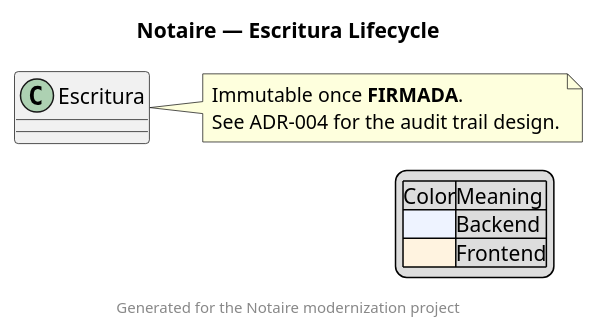
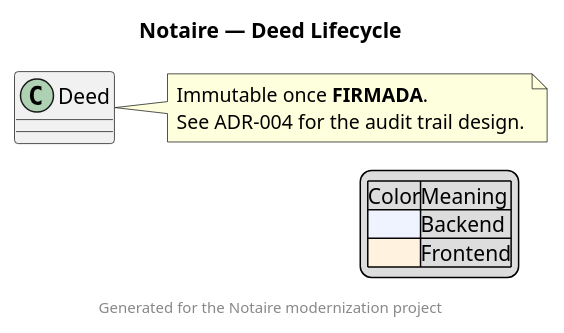
Before and after one commit to matiaspakua/notaire: the fifth of 6 diagrams in .claude/skills/plantuml/references/styling-and-layout.md, drawn with PlantUML. The commit also changed 1430 other files, not shown here.

````diff
--- a/.claude/skills/plantuml/references/styling-and-layout.md
+++ b/.claude/skills/plantuml/references/styling-and-layout.md
@@ -71,16 +71,16 @@
 ```plantuml
 @startuml
-title Notaire — Escritura Lifecycle
-class Escritura
-note right of Escritura
+title Notaire — Deed Lifecycle
+class Deed
+note right of Deed
   Immutable once **FIRMADA**.
   See ADR-004 for the audit trail design.
 end note
 legend right
   |Color|Meaning|
   |<#EEF3FF>|Backend|
   |<#FFF3E0>|Frontend|
 endlegend
 footer Generated for the Notaire modernization project
 @enduml
 ```
````
